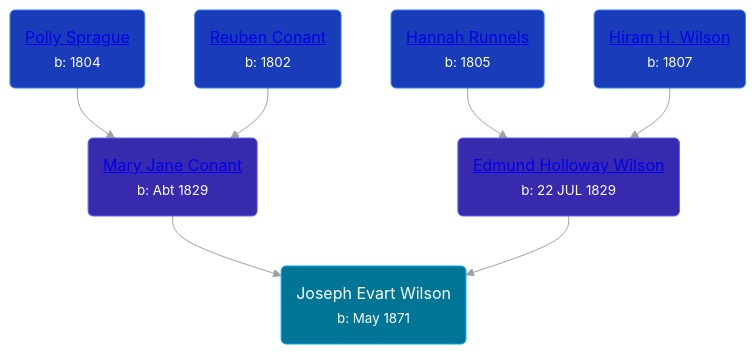
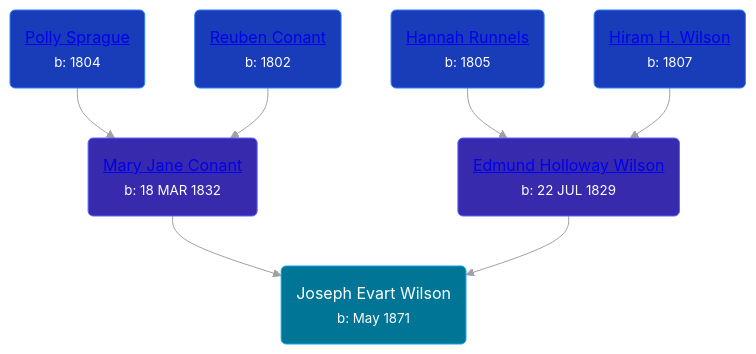
Before and after one commit to wpmgotkh/wpmgotkh.github.io: the diagram in pages/people/5/57306025.md, drawn with Mermaid (neutral theme). The commit also changed other lines of this file and 257 other files, not shown here.

````diff
--- a/pages/people/5/57306025.md
+++ b/pages/people/5/57306025.md
@@ -11,14 +11,14 @@
 ```mermaid
 graph
 classDef grands fill:#193cb8,stroke:#2b7fff,stroke-width:1px,color:#fff;
 classDef parents fill:#372aac,stroke:#615fff,stroke-width:1px,color:#fff;
 classDef primary fill:#007595,stroke:#00a6f4,stroke-width:1px,color:#fff;
 57306025(Joseph Evart Wilson<br /><small>b: May 1871</small>):::primary
-27722232(<a class="text-white" href="/people/2/27722232">Mary Jane Conant</a><br /><small>b: Abt 1829</small>):::parents-->57306025
+27722232(<a class="text-white" href="/people/2/27722232">Mary Jane Conant</a><br /><small>b: 18 MAR 1832</small>):::parents-->57306025
 53927626(<a class="text-white" href="/people/5/53927626">Polly Sprague</a><br /><small>b: 1804</small>):::grands-->27722232
 72221832(<a class="text-white" href="/people/7/72221832">Reuben Conant</a><br /><small>b: 1802</small>):::grands-->27722232
 67777324(<a class="text-white" href="/people/6/67777324">Edmund Holloway Wilson</a><br /><small>b: 22 JUL 1829</small>):::parents-->57306025
 9135776(<a class="text-white" href="/people/9/9135776">Hannah Runnels</a><br /><small>b: 1805</small>):::grands-->67777324
 82044077(<a class="text-white" href="/people/8/82044077">Hiram H. Wilson</a><br /><small>b: 1807</small>):::grands-->67777324
 linkStyle default stroke:#a1a1a1
 ```
````
